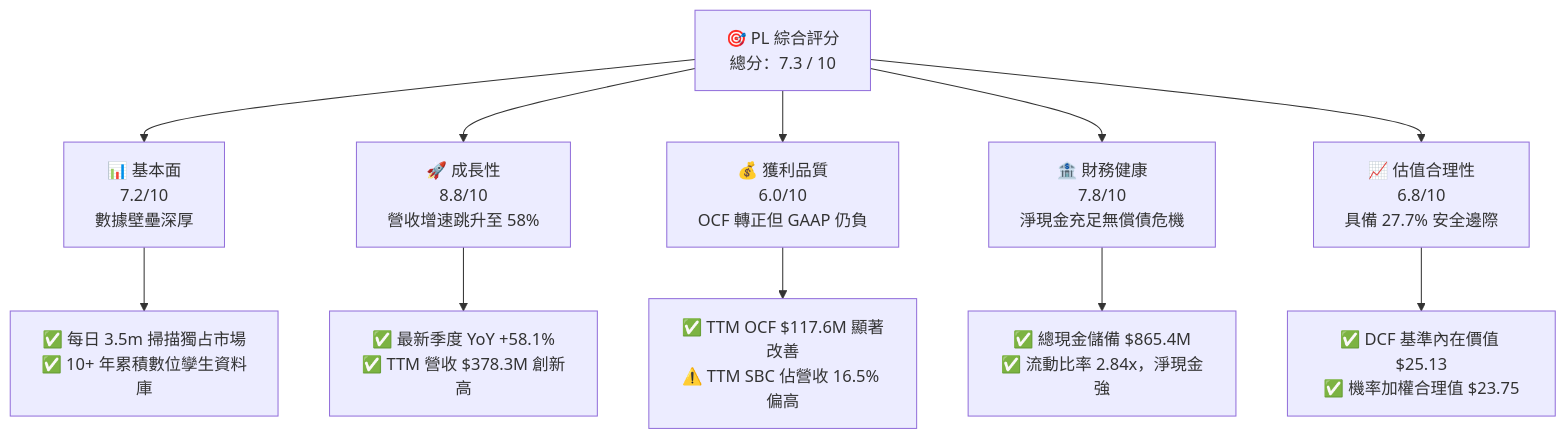
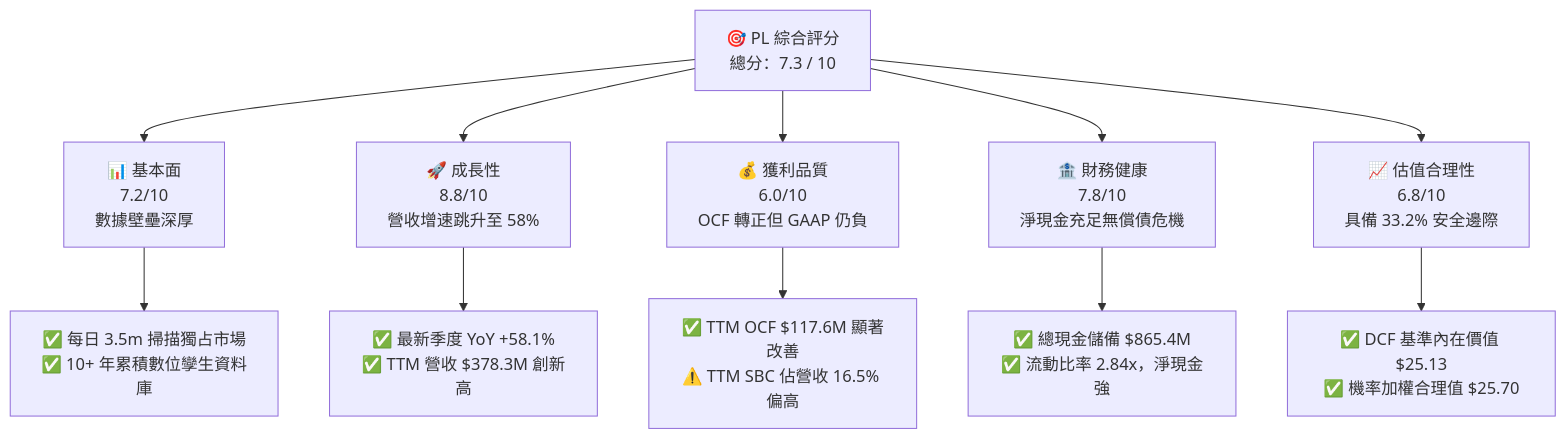
Before and after one commit to yennanliu/finance_data: the first of 15 diagrams in ai_gen_report/fundamental/pl/fundamental_analysis_2026-10-09_gemini.md, drawn with Mermaid. The commit also changed other lines of this file and 339 other files, not shown here.

````diff
--- a/ai_gen_report/fundamental/pl/fundamental_analysis_2026-10-09_gemini.md
+++ b/ai_gen_report/fundamental/pl/fundamental_analysis_2026-10-09_gemini.md
@@ -58,22 +65,22 @@
 ```mermaid
 graph TD
     TICKER["🎯 PL 綜合評分<br/>總分：7.3 / 10"]
 
     F["📊 基本面<br/>7.2/10<br/>數據壁壘深厚"]
     G["🚀 成長性<br/>8.8/10<br/>營收增速跳升至 58%"]
     P["💰 獲利品質<br/>6.0/10<br/>OCF 轉正但 GAAP 仍負"]
     B["🏦 財務健康<br/>7.8/10<br/>淨現金充足無償債危機"]
-    V["📈 估值合理性<br/>6.8/10<br/>具備 27.7% 安全邊際"]
+    V["📈 估值合理性<br/>6.8/10<br/>具備 33.2% 安全邊際"]
 
     TICKER --> F
     TICKER --> G
     TICKER --> P
     TICKER --> B
     TICKER --> V
 
     F --> F1["✅ 每日 3.5m 掃描獨占市場<br/>✅ 10+ 年累積數位孿生資料庫"]
     G --> G1["✅ 最新季度 YoY +58.1%<br/>✅ TTM 營收 $378.3M 創新高"]
     P --> P1["✅ TTM OCF $117.6M 顯著改善<br/>⚠️ TTM SBC 佔營收 16.5% 偏高"]
     B --> B1["✅ 總現金儲備 $865.4M<br/>✅ 流動比率 2.84x，淨現金強"]
-    V --> V1["✅ DCF 基準內在價值 $25.13<br/>✅ 機率加權合理值 $23.75"]
+    V --> V1["✅ DCF 基準內在價值 $25.13<br/>✅ 機率加權合理值 $25.70"]
 ```
````
